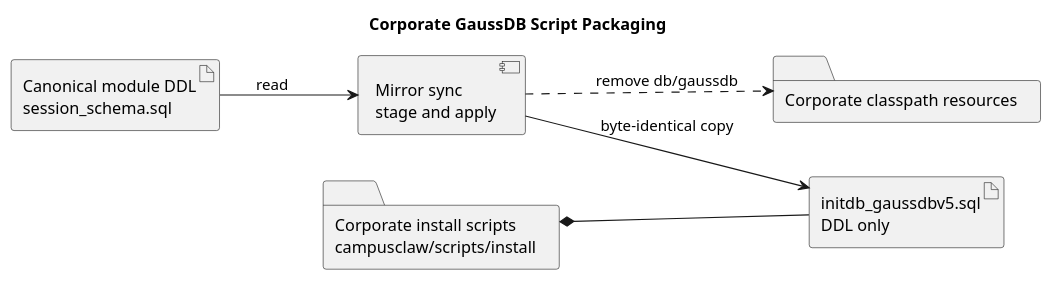
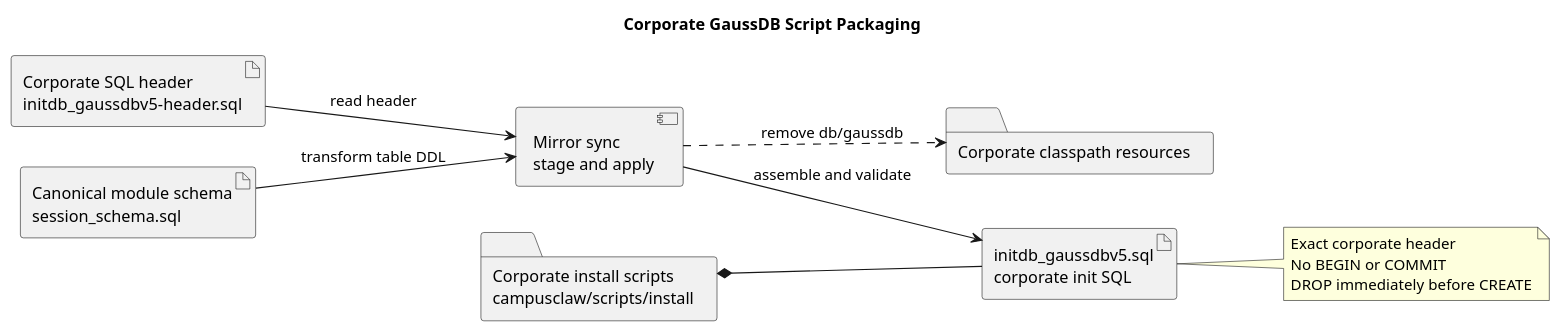
One commit to 2862282695gjh-afk/pi-mono-java changed the fourth of 4 diagrams in docs/designs/coding-agent-cli/diagram.puml. Above: the diagram before and after it, drawn with PlantUML. The commit also changed 10 other files, not shown here.

```diff
--- a/docs/designs/coding-agent-cli/diagram.puml
+++ b/docs/designs/coding-agent-cli/diagram.puml
@@ -137,24 +137,33 @@
 @startuml corporate-gaussdb-script-layout
 title Corporate GaussDB Script Packaging
 left to right direction
 skinparam backgroundColor white
 
-' Source baseline: origin/main commit d84dd3d6a306b7587c70b29e0100e741dacef989.
+' Source baseline: origin/main commit 18bf7026d75cf28a9652025eaa19800eb36c4c64.
 ' Source: modules/coding-agent-cli/src/main/resources/db/gaussdb/install/session_schema.sql.
-' Source: scripts/sync-campusclaw.sh, SYNCED_RESOURCES and the resource apply loop.
-' Observed behavior: the baseline sync copies the complete db/gaussdb tree into corporate classpath resources.
-' Product constraint: the corporate module must publish one initdb_gaussdbv5.sql under scripts/install.
-' Architecture change: mirror sync derives the corporate install file from canonical DDL and removes the classpath tree.
-' Design reason: keep one schema source while meeting the corporate delivery layout without packaging SQL in the JAR.
+' Source: scripts/sync-campusclaw.sh, stage_database_install_script and validate_staged_tree.
+' Source: campusclaw/scripts/install/initdb_gaussdbv5.sql.
+' Observed behavior: sync copies canonical DDL byte-for-byte; the DDL has one transaction and a centralized drop block.
+' Product constraint: corporate SQL starts with the required database header and puts each drop before its create.
+' Architecture change: sync assembles the corporate header and transformed canonical table DDL instead of a byte-identical copy.
+' Design reason: preserve local development input while enforcing the corporate installation convention.
 
-artifact "Canonical module DDL\nsession_schema.sql" as Canonical
+artifact "Corporate SQL header\ninitdb_gaussdbv5-header.sql" as CorporateHeader
+artifact "Canonical module schema\nsession_schema.sql" as Canonical
 component "Mirror sync\nstage and apply" as Sync
 folder "Corporate install scripts\ncampusclaw/scripts/install" as Install
-artifact "initdb_gaussdbv5.sql\nDDL only" as InitScript
+artifact "initdb_gaussdbv5.sql\ncorporate init SQL" as InitScript
 folder "Corporate classpath resources" as Resources
 
-Canonical --> Sync : read
-Sync --> InitScript : byte-identical copy
+CorporateHeader --> Sync : read header
+Canonical --> Sync : transform table DDL
+Sync --> InitScript : assemble and validate
 Install *-- InitScript
 Sync ..> Resources : remove db/gaussdb
+
+note right of InitScript
+  Exact corporate header
+  No BEGIN or COMMIT
+  DROP immediately before CREATE
+end note
 @enduml
```
